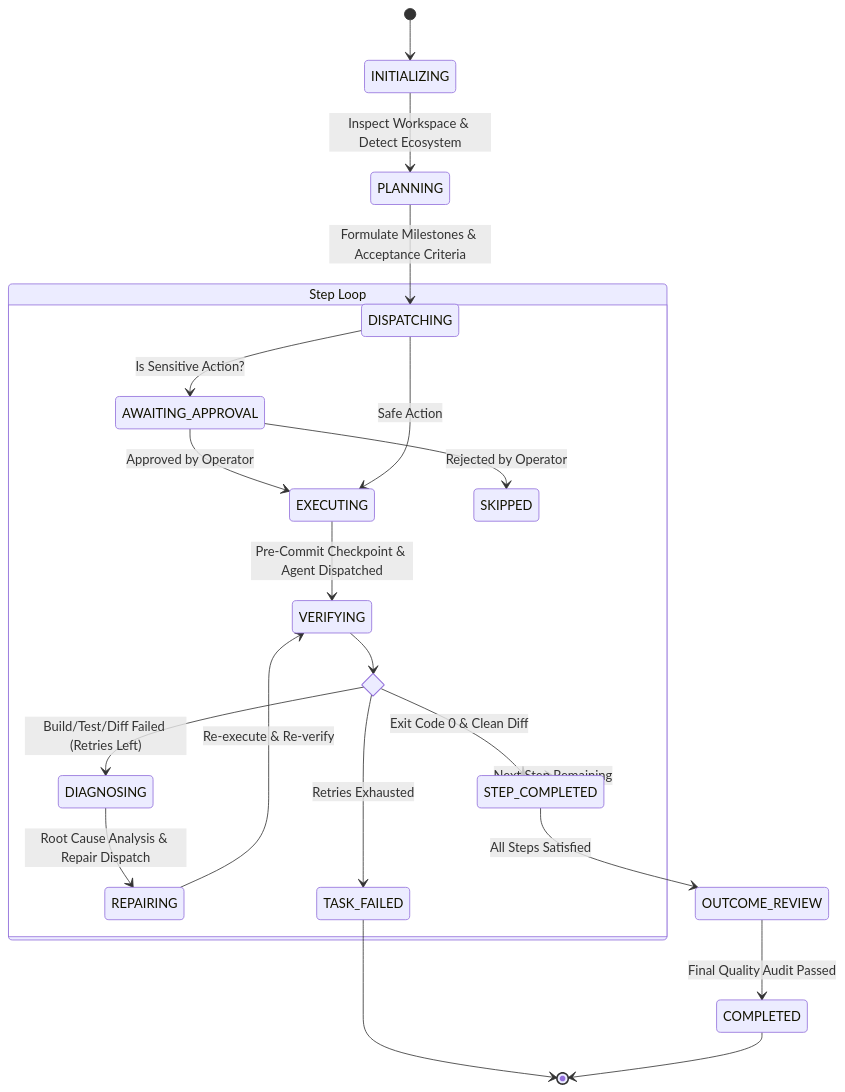
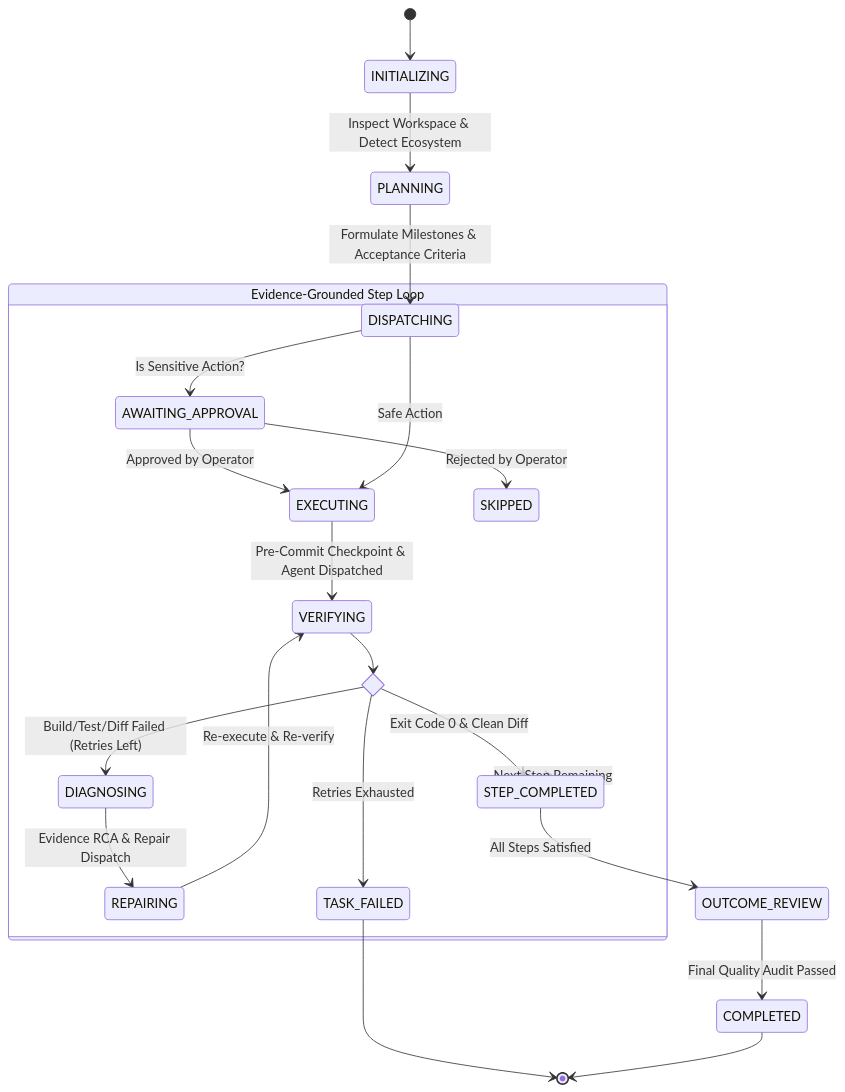
The diagram in README.md (MokuLakshithReddy/autonomous-ai-coding-orchestrator), drawn with Mermaid before and after one commit. The commit also changed other lines of this file, not shown here.

Commit message:
docs: ground README in evidence-driven verification model and execution case study

````diff
--- a/README.md
+++ b/README.md
@@ -104,31 +231,31 @@
 ```mermaid
 stateDiagram-v2
     [*] --> INITIALIZING
     INITIALIZING --> PLANNING: Inspect Workspace & Detect Ecosystem
     PLANNING --> DISPATCHING: Formulate Milestones & Acceptance Criteria
     
-    state "Step Loop" as StepLoop {
+    state "Evidence-Grounded Step Loop" as StepLoop {
         DISPATCHING --> AWAITING_APPROVAL: Is Sensitive Action?
         AWAITING_APPROVAL --> EXECUTING: Approved by Operator
         AWAITING_APPROVAL --> SKIPPED: Rejected by Operator
         DISPATCHING --> EXECUTING: Safe Action
         
         EXECUTING --> VERIFYING: Pre-Commit Checkpoint & Agent Dispatched
         
         state Evaluation <<choice>>
         VERIFYING --> Evaluation
         
         Evaluation --> DIAGNOSING: Build/Test/Diff Failed (Retries Left)
-        DIAGNOSING --> REPAIRING: Root Cause Analysis & Repair Dispatch
+        DIAGNOSING --> REPAIRING: Evidence RCA & Repair Dispatch
         REPAIRING --> VERIFYING: Re-execute & Re-verify
         
         Evaluation --> TASK_FAILED: Retries Exhausted
         Evaluation --> STEP_COMPLETED: Exit Code 0 & Clean Diff
     }
 
     STEP_COMPLETED --> StepLoop: Next Step Remaining
     STEP_COMPLETED --> OUTCOME_REVIEW: All Steps Satisfied
     OUTCOME_REVIEW --> COMPLETED: Final Quality Audit Passed
     TASK_FAILED --> [*]
     COMPLETED --> [*]
 ```
````
